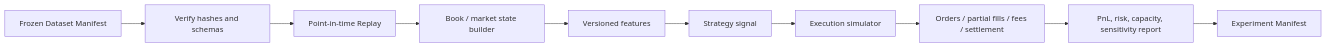
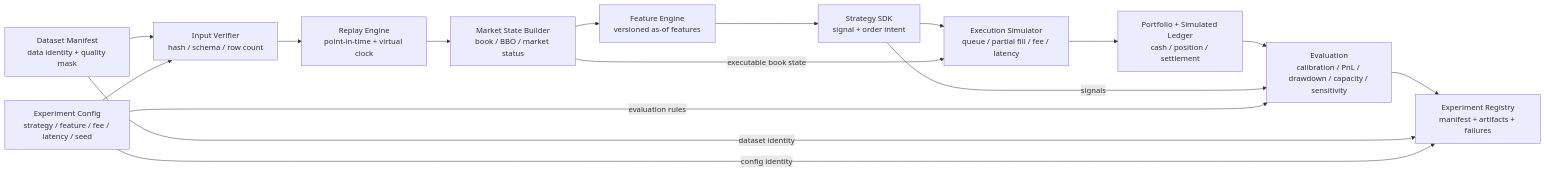
One commit to clt123321/event-contract-lab changed the fourth of 4 diagrams in docs/architecture/DATA_FLOW_AND_LIFECYCLE.md. Above: the diagram before and after it, drawn with Mermaid. The commit also changed other lines of this file, not shown here.

Commit message:
docs: establish theory and architecture vocabulary

````diff
--- a/docs/architecture/DATA_FLOW_AND_LIFECYCLE.md
+++ b/docs/architecture/DATA_FLOW_AND_LIFECYCLE.md
@@ -336,12 +559,30 @@
 ```mermaid
 flowchart LR
-    A["Frozen Dataset Manifest"] --> B["Verify hashes and schemas"]
-    B --> C["Point-in-time Replay"]
-    C --> D["Book / market state builder"]
-    D --> E["Versioned features"]
-    E --> F["Strategy signal"]
-    F --> G["Execution simulator"]
-    G --> H["Orders / partial fills / fees / settlement"]
-    H --> I["PnL, risk, capacity, sensitivity report"]
-    I --> J["Experiment Manifest"]
+    DM["Dataset Manifest<br/>data identity + quality mask"]
+    CFG["Experiment Config<br/>strategy / feature / fee / latency / seed"]
+    VER["Input Verifier<br/>hash / schema / row count"]
+    REP["Replay Engine<br/>point-in-time + virtual clock"]
+    BOOK["Market State Builder<br/>book / BBO / market status"]
+    FEAT["Feature Engine<br/>versioned as-of features"]
+    STR["Strategy SDK<br/>signal + order intent"]
+    SIM["Execution Simulator<br/>queue / partial fill / fee / latency"]
+    PORT["Portfolio + Simulated Ledger<br/>cash / position / settlement"]
+    MET["Evaluation<br/>calibration / PnL / drawdown / capacity / sensitivity"]
+    REG["Experiment Registry<br/>manifest + artifacts + failures"]
+
+    DM --> VER
+    CFG --> VER
+    VER --> REP
+    REP --> BOOK
+    BOOK --> FEAT
+    FEAT --> STR
+    STR --> SIM
+    BOOK -->|"executable book state"| SIM
+    SIM --> PORT
+    PORT --> MET
+    STR -->|"signals"| MET
+    CFG -->|"evaluation rules"| MET
+    MET --> REG
+    DM -->|"dataset identity"| REG
+    CFG -->|"config identity"| REG
 ```
````
